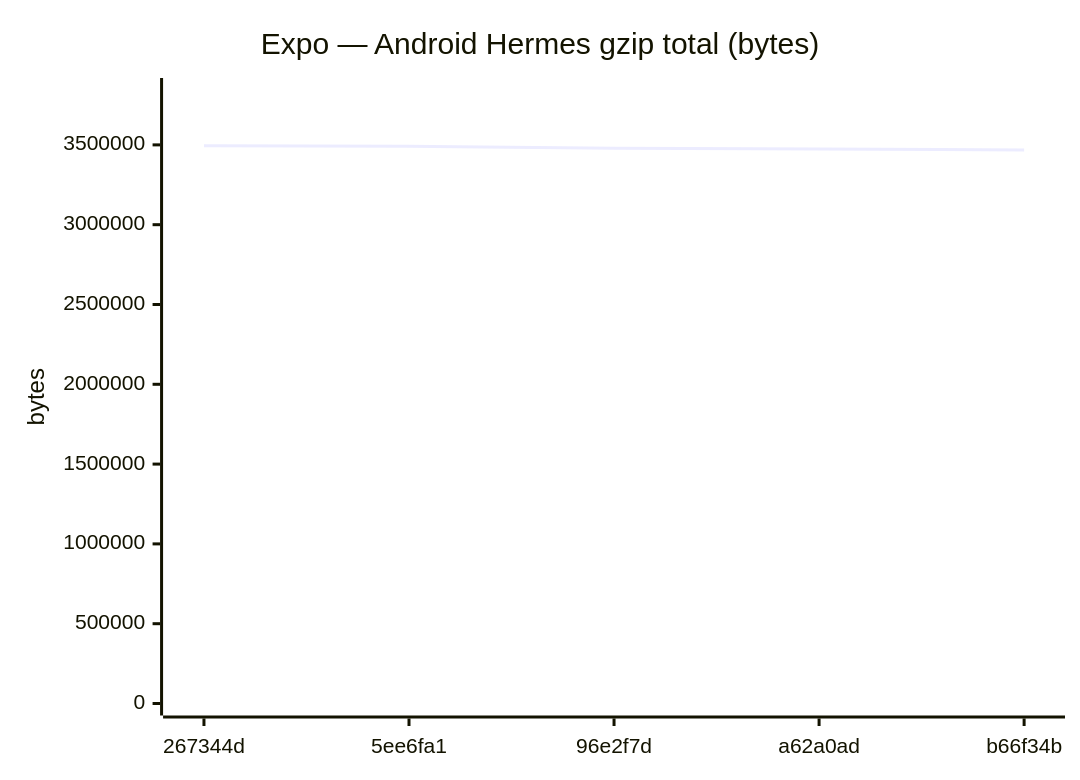
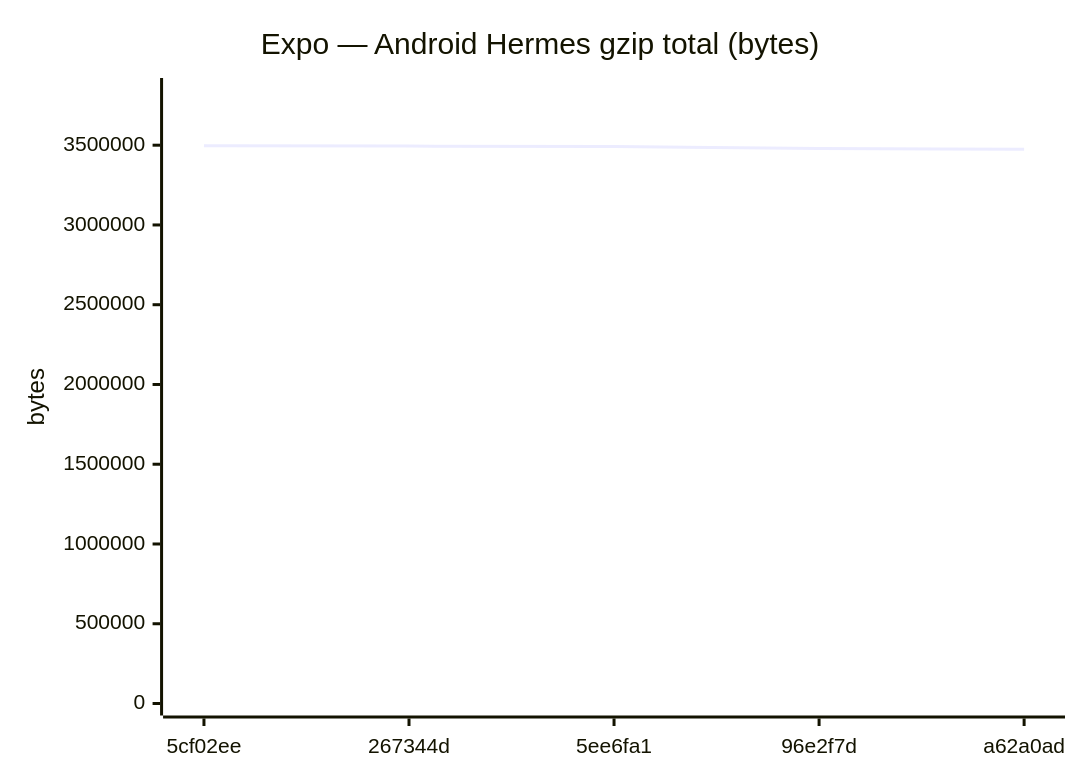
Before and after one commit to Metaheurist/Rianell: diagram 11 of 18 in benchmarks/compare.md, drawn with Mermaid. The commit also changed other lines of this file and 11 other files, not shown here.

````diff
--- a/benchmarks/compare.md
+++ b/benchmarks/compare.md
@@ -172,7 +172,7 @@
 ```mermaid
 xychart-beta
     title "Expo — Android Hermes gzip total (bytes)"
-    x-axis ["267344d", "5ee6fa1", "96e2f7d", "a62a0ad", "b66f34b"]
-    y-axis "bytes" 0 --> 3843890
-    line [3494445, 3491111, 3478911, 3474606, 3468338]
+    x-axis ["5cf02ee", "267344d", "5ee6fa1", "96e2f7d", "a62a0ad"]
+    y-axis "bytes" 0 --> 3846033
+    line [3496393, 3494445, 3491111, 3478911, 3474606]
 ```
````
